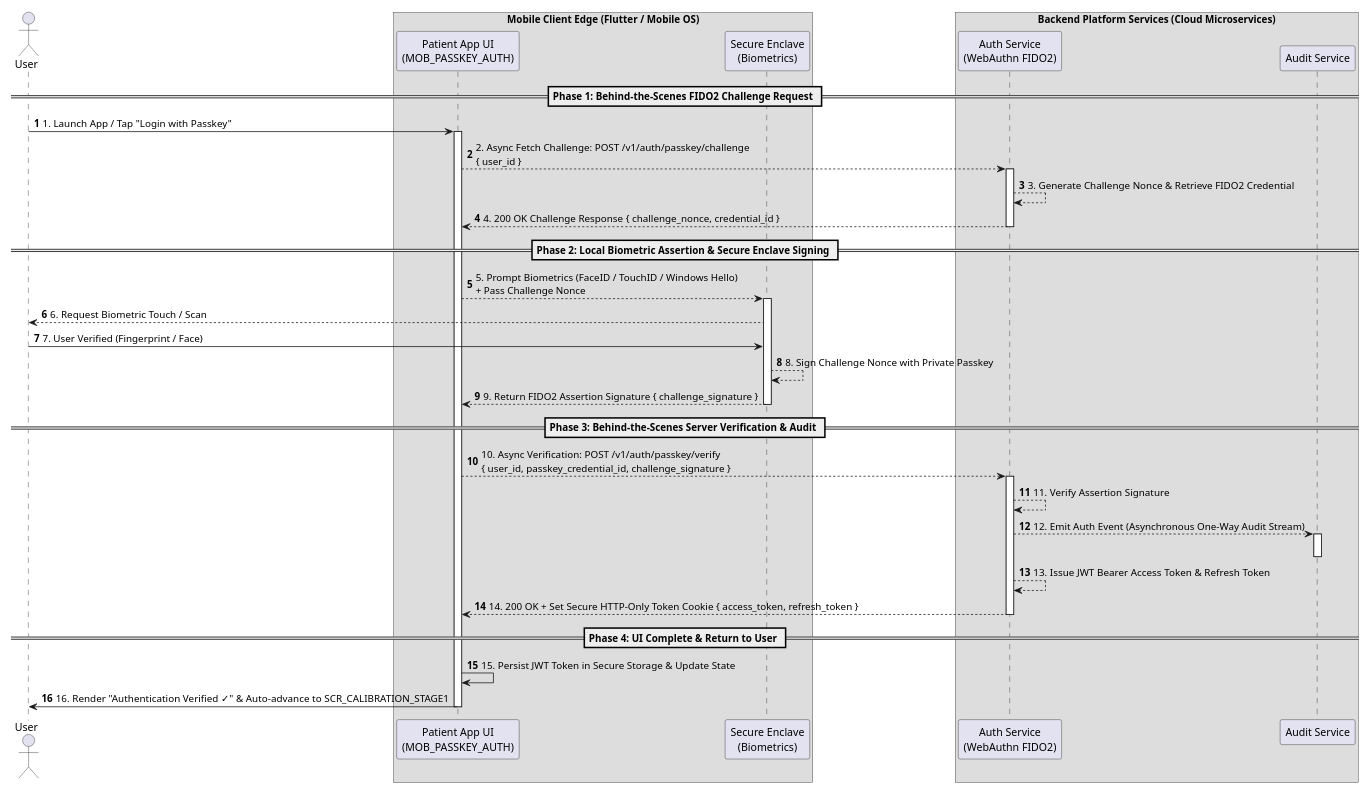
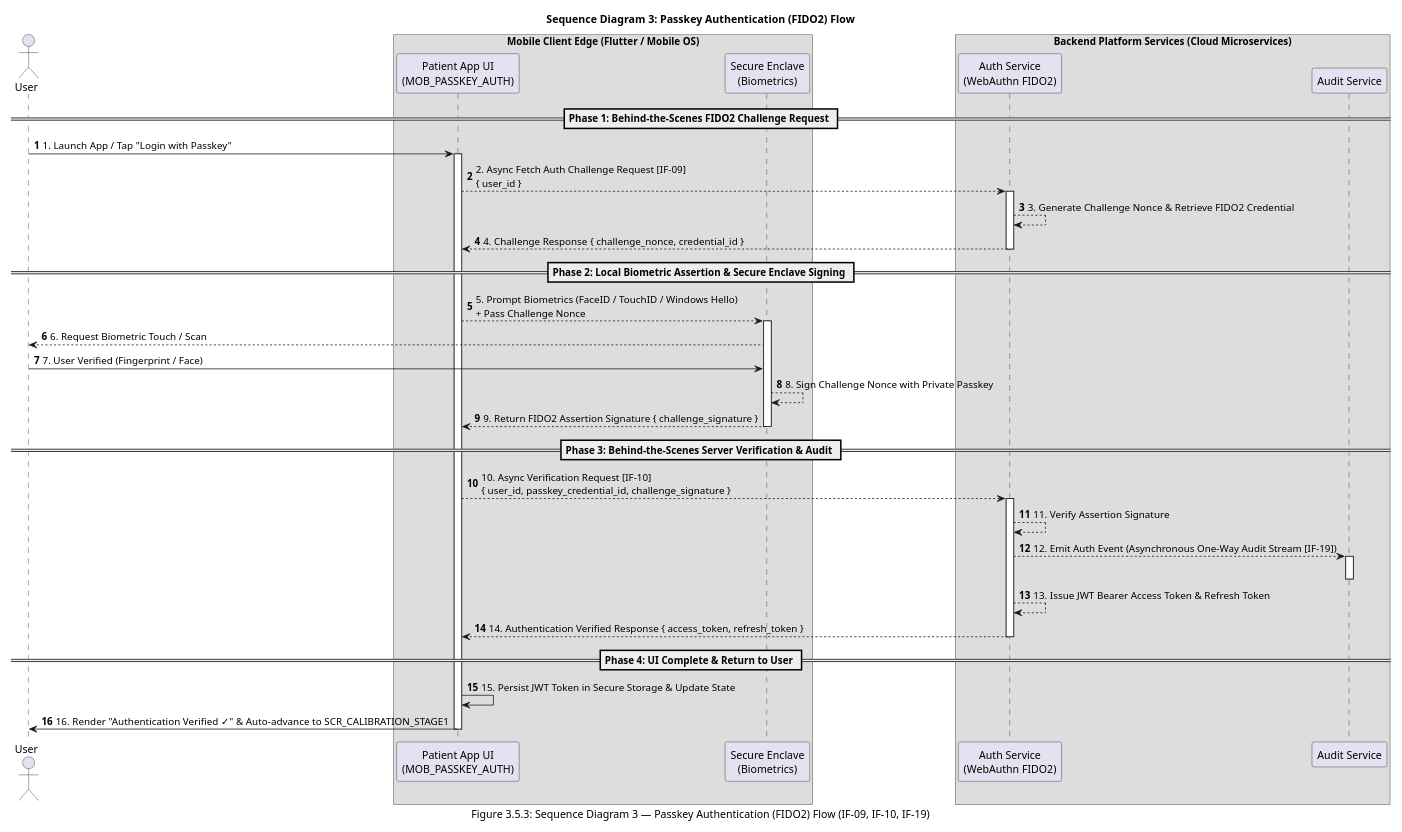
Before and after one commit to reidlai/masker-app: the eighth of 15 diagrams in _bmad-output/architecture/ARCHITECTURE-SPINE.md, drawn with PlantUML. The commit also changed other lines of this file and 5 other files, not shown here.

First line of the commit message:
feat(arch): update enterprise architecture spine v18.0.0 and prd v2.1.0

````diff
--- a/_bmad-output/architecture/ARCHITECTURE-SPINE.md
+++ b/_bmad-output/architecture/ARCHITECTURE-SPINE.md
@@ -834,52 +903,54 @@
 ```plantuml
 @startuml Passkey_Authentication_Sequence_Diagram
+title Sequence Diagram 3: Passkey Authentication (FIDO2) Flow
+caption Figure 3.5.3: Sequence Diagram 3 — Passkey Authentication (FIDO2) Flow (IF-09, IF-10, IF-19)
 autonumber
 scale 0.7
 
 actor "User" as User
 box "Mobile Client Edge (Flutter / Mobile OS)" 
 participant "Patient App UI\n(MOB_PASSKEY_AUTH)" as UI 
 participant "Secure Enclave\n(Biometrics)" as Enclave
 end box
 
 box "Backend Platform Services (Cloud Microservices)" 
 participant "Auth Service\n(WebAuthn FIDO2)" as AuthSvc
 participant "Audit Service" as AuditSvc
 end box
 
 == Phase 1: Behind-the-Scenes FIDO2 Challenge Request ==
 User -> UI: 1. Launch App / Tap "Login with Passkey"
 activate UI
-UI --> AuthSvc: 2. Async Fetch Challenge: POST /v1/auth/passkey/challenge\n{ user_id }
+UI --> AuthSvc: 2. Async Fetch Auth Challenge Request [IF-09]\n{ user_id }
 activate AuthSvc
 AuthSvc --> AuthSvc: 3. Generate Challenge Nonce & Retrieve FIDO2 Credential
-AuthSvc --> UI: 4. 200 OK Challenge Response { challenge_nonce, credential_id }
+AuthSvc --> UI: 4. Challenge Response { challenge_nonce, credential_id }
 deactivate AuthSvc
 
 == Phase 2: Local Biometric Assertion & Secure Enclave Signing ==
 UI --> Enclave: 5. Prompt Biometrics (FaceID / TouchID / Windows Hello)\n+ Pass Challenge Nonce
 activate Enclave
 Enclave --> User: 6. Request Biometric Touch / Scan
 User -> Enclave: 7. User Verified (Fingerprint / Face)
 Enclave --> Enclave: 8. Sign Challenge Nonce with Private Passkey
 Enclave --> UI: 9. Return FIDO2 Assertion Signature { challenge_signature }
 deactivate Enclave
 
 == Phase 3: Behind-the-Scenes Server Verification & Audit ==
-UI --> AuthSvc: 10. Async Verification: POST /v1/auth/passkey/verify\n{ user_id, passkey_credential_id, challenge_signature }
+UI --> AuthSvc: 10. Async Verification Request [IF-10]\n{ user_id, passkey_credential_id, challenge_signature }
 activate AuthSvc
 AuthSvc --> AuthSvc: 11. Verify Assertion Signature
-AuthSvc --> AuditSvc: 12. Emit Auth Event (Asynchronous One-Way Audit Stream)
+AuthSvc --> AuditSvc: 12. Emit Auth Event (Asynchronous One-Way Audit Stream [IF-19])
 activate AuditSvc
 deactivate AuditSvc
 AuthSvc --> AuthSvc: 13. Issue JWT Bearer Access Token & Refresh Token
-AuthSvc --> UI: 14. 200 OK + Set Secure HTTP-Only Token Cookie { access_token, refresh_token }
+AuthSvc --> UI: 14. Authentication Verified Response { access_token, refresh_token }
 deactivate AuthSvc
 
 == Phase 4: UI Complete & Return to User ==
 UI -> UI: 15. Persist JWT Token in Secure Storage & Update State
 UI -> User: 16. Render "Authentication Verified ✓" & Auto-advance to SCR_CALIBRATION_STAGE1
 deactivate UI
 
 @enduml
 ```
````
